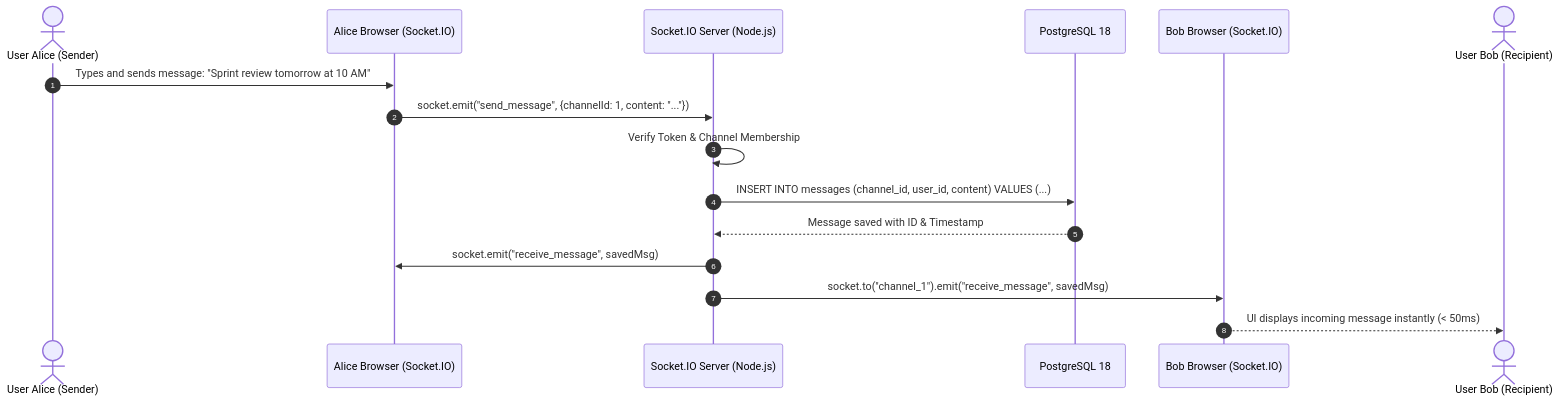
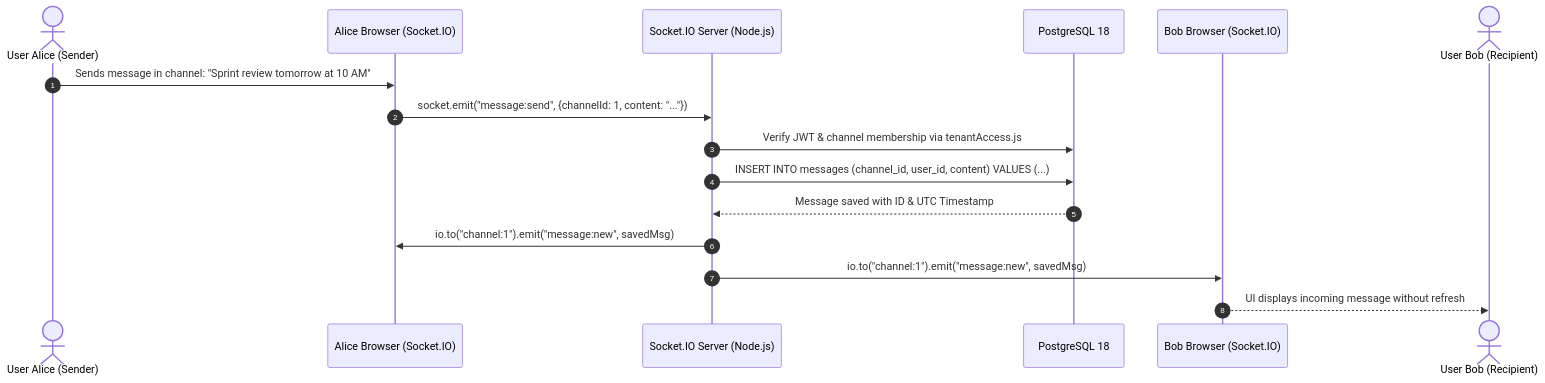
The fifth of 7 diagrams in docs/system_architecture_and_uml.md (Shivashankargouda4/ai-workspace-app), drawn with Mermaid before and after one commit. The commit also changed other lines of this file and 7 other files, not shown here.

Commit message:
docs: sync 18 tables, 36 test checks, tenantAccess isolation, and rule-based AI wording

````diff
--- a/docs/system_architecture_and_uml.md
+++ b/docs/system_architecture_and_uml.md
@@ -255,19 +259,19 @@
 ```mermaid
 sequenceDiagram
     autonumber
     actor Alice as User Alice (Sender)
     participant ClientA as Alice Browser (Socket.IO)
     participant WS as Socket.IO Server (Node.js)
     participant DB as PostgreSQL 18
     participant ClientB as Bob Browser (Socket.IO)
     actor Bob as User Bob (Recipient)
 
-    Alice->>ClientA: Types and sends message: "Sprint review tomorrow at 10 AM"
-    ClientA->>WS: socket.emit("send_message", {channelId: 1, content: "..."})
-    WS->>WS: Verify Token & Channel Membership
+    Alice->>ClientA: Sends message in channel: "Sprint review tomorrow at 10 AM"
+    ClientA->>WS: socket.emit("message:send", {channelId: 1, content: "..."})
+    WS->>DB: Verify JWT & channel membership via tenantAccess.js
     WS->>DB: INSERT INTO messages (channel_id, user_id, content) VALUES (...)
-    DB-->>WS: Message saved with ID & Timestamp
-    WS->>ClientA: socket.emit("receive_message", savedMsg)
-    WS->>ClientB: socket.to("channel_1").emit("receive_message", savedMsg)
-    ClientB-->>Bob: UI displays incoming message instantly (< 50ms)
+    DB-->>WS: Message saved with ID & UTC Timestamp
+    WS->>ClientA: io.to("channel:1").emit("message:new", savedMsg)
+    WS->>ClientB: io.to("channel:1").emit("message:new", savedMsg)
+    ClientB-->>Bob: UI displays incoming message without refresh
 ```
````
